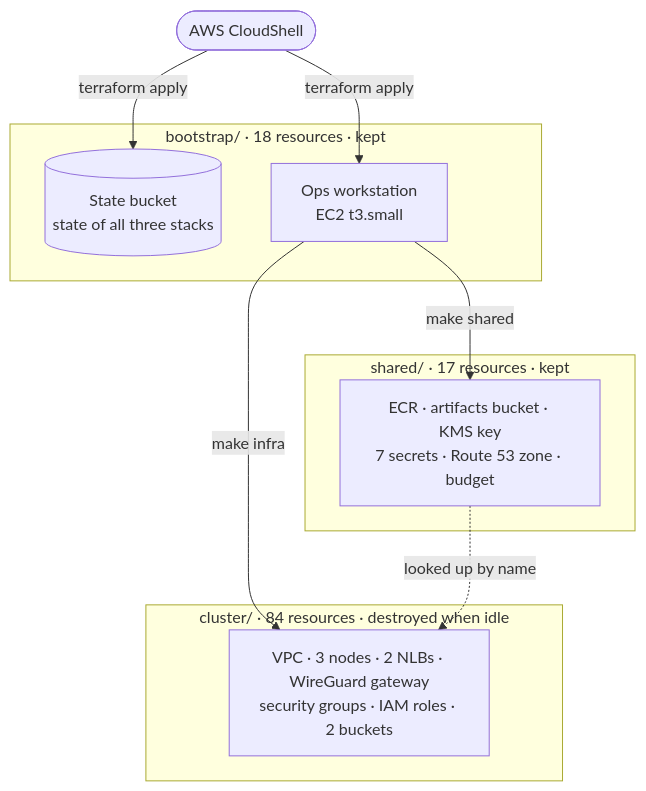
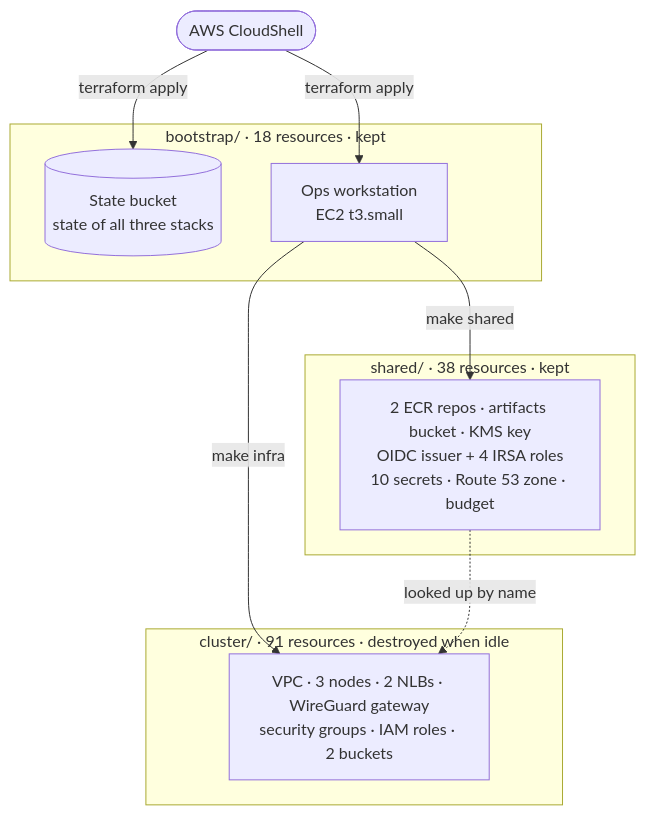
Before and after one commit to biabeogo147/Medical-RAG-Chatbot: the second of 6 diagrams in docs/terraform/README.md, drawn with Mermaid. The commit also changed other lines of this file and 11 other files, not shown here.

````diff
--- a/docs/terraform/README.md
+++ b/docs/terraform/README.md
@@ -90,19 +90,19 @@
 ```mermaid
 flowchart TB
     CS(["AWS CloudShell"])
     subgraph BOOT["bootstrap/ · 18 resources · kept"]
         SB[("State bucket<br/>state of all three stacks")]
         WS["Ops workstation<br/>EC2 t3.small"]
     end
-    subgraph SHARED["shared/ · 17 resources · kept"]
-        SH["ECR · artifacts bucket · KMS key<br/>7 secrets · Route 53 zone · budget"]
+    subgraph SHARED["shared/ · 38 resources · kept"]
+        SH["2 ECR repos · artifacts bucket · KMS key<br/>OIDC issuer + 4 IRSA roles<br/>10 secrets · Route 53 zone · budget"]
     end
-    subgraph CLUSTER["cluster/ · 84 resources · destroyed when idle"]
+    subgraph CLUSTER["cluster/ · 91 resources · destroyed when idle"]
         CL["VPC · 3 nodes · 2 NLBs · WireGuard gateway<br/>security groups · IAM roles · 2 buckets"]
     end
     CS -->|"terraform apply"| SB
     CS -->|"terraform apply"| WS
     WS -->|"make shared"| SH
     WS -->|"make infra"| CL
     SH -.->|"looked up by name"| CL
 ```
````
